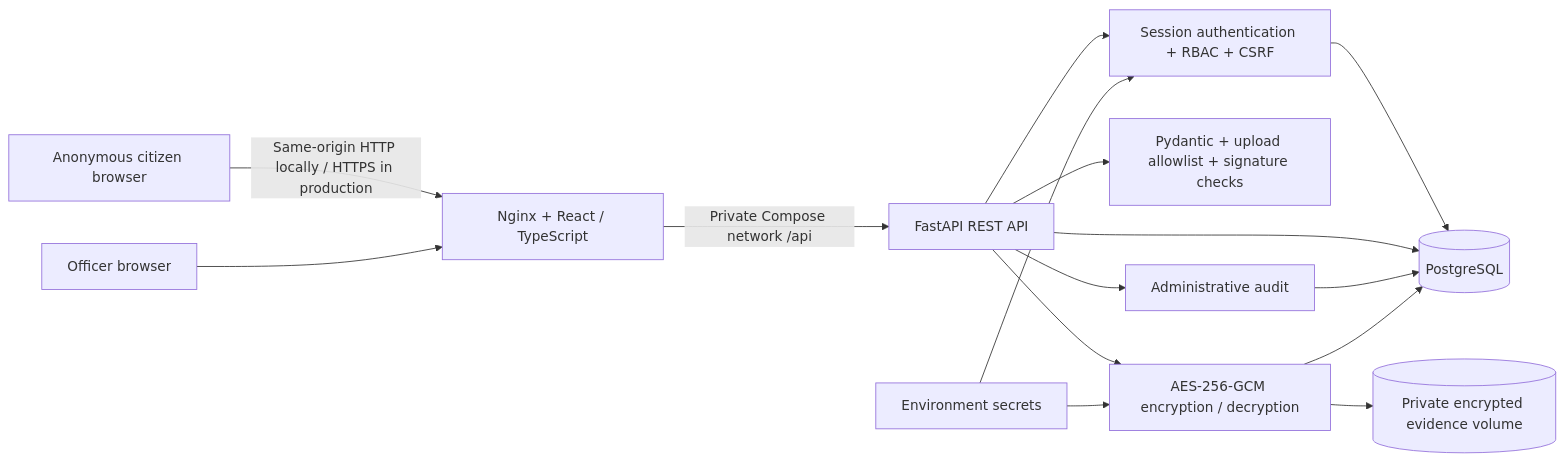
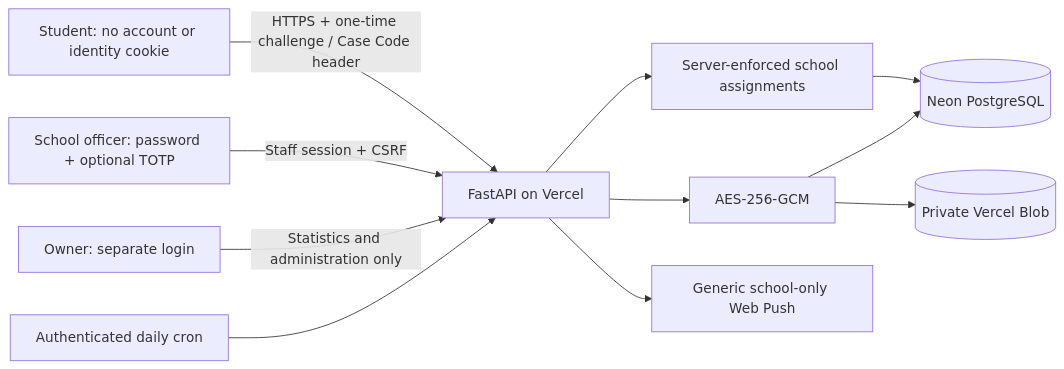
The diagram in ARCHITECTURE.md (aslansaid69-coder/anonymous-witness), drawn with Mermaid before and after one commit. The commit also changed other lines of this file and 36 other files, not shown here.

Commit message:
Introduce School Edition with school isolation and anonymous case codes

````diff
--- a/ARCHITECTURE.md
+++ b/ARCHITECTURE.md
@@ -5,17 +3,13 @@
 ```mermaid
 flowchart LR
-    Citizen[Anonymous citizen browser] -->|Same-origin HTTP locally / HTTPS in production| Web[Nginx + React / TypeScript]
-    Officer[Officer browser] --> Web
-    Web -->|Private Compose network /api| API[FastAPI REST API]
-    API --> Auth[Session authentication + RBAC + CSRF]
-    API --> Validate[Pydantic + upload allowlist + signature checks]
-    API --> Crypto[AES-256-GCM encryption / decryption]
-    Auth --> DB[(PostgreSQL)]
-    API --> DB
-    API --> Audit[Administrative audit]
-    Audit --> DB
-    Crypto --> DB
-    Crypto --> Files[(Private encrypted evidence volume)]
-    Secrets[Environment secrets] --> Crypto
-    Secrets --> Auth
+ Student[Student: no account or identity cookie] -->|HTTPS + one-time challenge / Case Code header| API[FastAPI on Vercel]
+ Officer[School officer: password + optional TOTP] -->|Staff session + CSRF| API
+ Owner[Owner: separate login] -->|Statistics and administration only| API
+ API --> ACL[Server-enforced school assignments]
+ ACL --> DB[(Neon PostgreSQL)]
+ API --> Cipher[AES-256-GCM]
+ Cipher --> DB
+ Cipher --> Blob[(Private Vercel Blob)]
+ API --> Push[Generic school-only Web Push]
+ Cron[Authenticated daily cron] --> API
 ```
````
